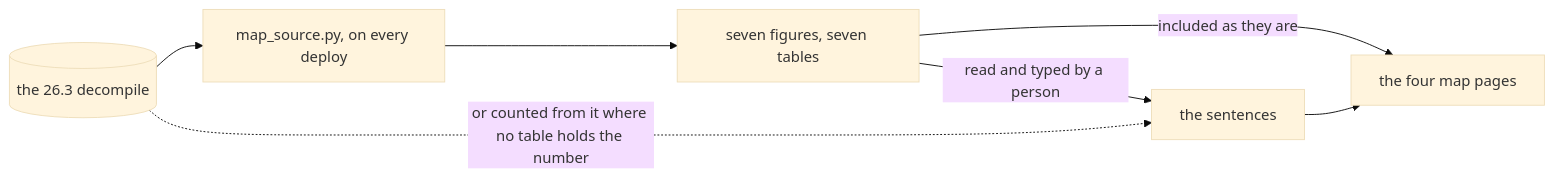
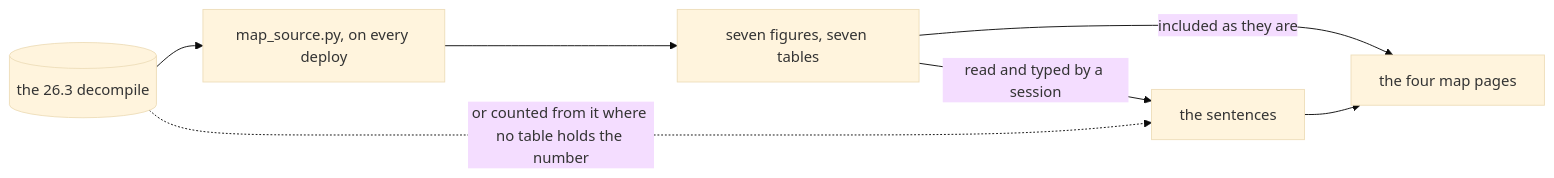
One commit to AlexanderjFraser/MinecraftDocs changed the diagram in src/maps/README.md. Above: the diagram before and after it, drawn with Mermaid (base theme). The commit also changed other lines of this file and 86 other files, not shown here.

````diff
--- a/src/maps/README.md
+++ b/src/maps/README.md
@@ -23,7 +22,7 @@
 ```mermaid
 flowchart LR
     D[("the 26.3 decompile")] --> T["map_source.py, on every deploy"] --> G["seven figures, seven tables"]
     G -- "included as they are" --> P["the four map pages"]
-    G -- "read and typed by a person" --> S["the sentences"] --> P
+    G -- "read and typed by a session" --> S["the sentences"] --> P
     D -. "or counted from it where no table holds the number" .-> S
 ```
````
